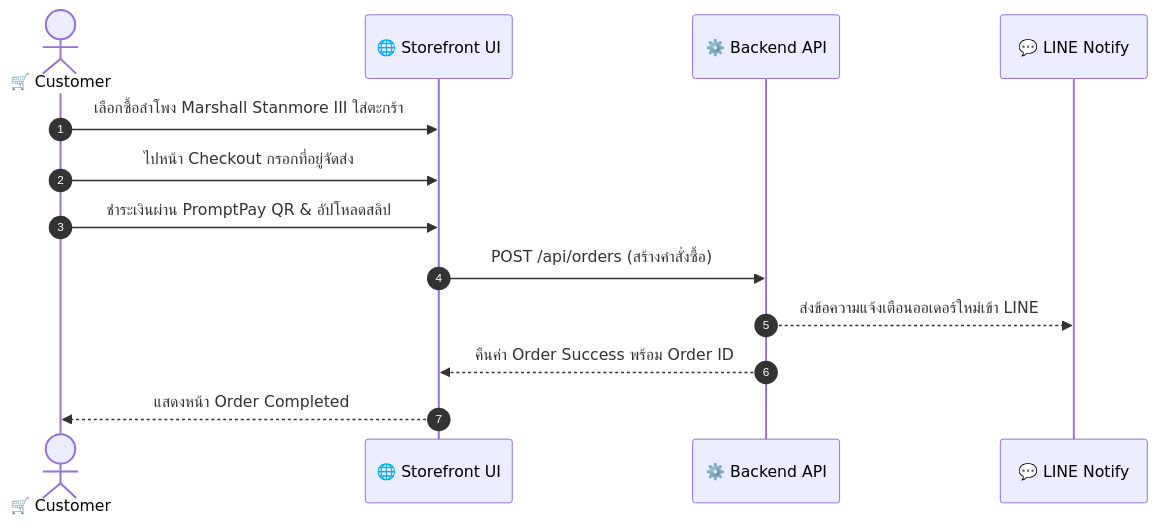
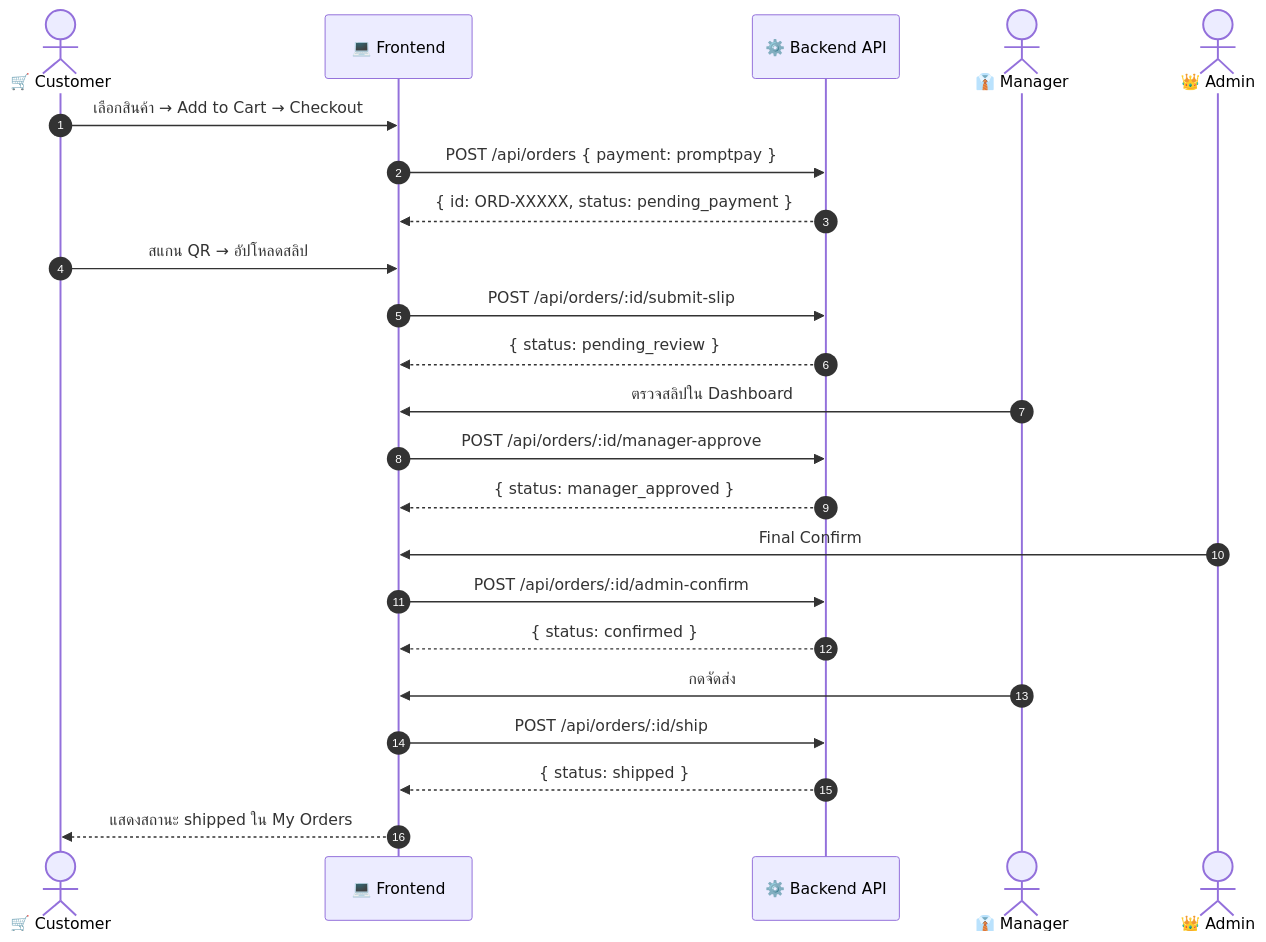
The second of 3 diagrams in UAT_Test_Cases.md (sShinjikubs/Workshop-1), drawn with Mermaid before and after one commit. The commit also changed other lines of this file and 688 other files, not shown here.

````diff
--- a/UAT_Test_Cases.md
+++ b/UAT_Test_Cases.md
@@ -91,16 +94,29 @@
 ```mermaid
 sequenceDiagram
     autonumber
     actor Customer as 🛒 Customer
-    participant Frontend as 🌐 Storefront UI
+    participant UI as 💻 Frontend
     participant Backend as ⚙️ Backend API
-    participant LINE as 💬 LINE Notify
+    actor Manager as 👔 Manager
+    actor Admin as 👑 Admin
 
-    Customer->>Frontend: เลือกซื้อลำโพง Marshall Stanmore III ใส่ตะกร้า
-    Customer->>Frontend: ไปหน้า Checkout กรอกที่อยู่จัดส่ง
-    Customer->>Frontend: ชำระเงินผ่าน PromptPay QR & อัปโหลดสลิป
-    Frontend->>Backend: POST /api/orders (สร้างคำสั่งซื้อ)
-    Backend-->>LINE: ส่งข้อความแจ้งเตือนออเดอร์ใหม่เข้า LINE
-    Backend-->>Frontend: คืนค่า Order Success พร้อม Order ID
-    Frontend-->>Customer: แสดงหน้า Order Completed
+    Customer->>UI: เลือกสินค้า → Add to Cart → Checkout
+    UI->>Backend: POST /api/orders { payment: promptpay }
+    Backend-->>UI: { id: ORD-XXXXX, status: pending_payment }
+    Customer->>UI: สแกน QR → อัปโหลดสลิป
+    UI->>Backend: POST /api/orders/:id/submit-slip
+    Backend-->>UI: { status: pending_review }
+
+    Manager->>UI: ตรวจสลิปใน Dashboard
+    UI->>Backend: POST /api/orders/:id/manager-approve
+    Backend-->>UI: { status: manager_approved }
+
+    Admin->>UI: Final Confirm
+    UI->>Backend: POST /api/orders/:id/admin-confirm
+    Backend-->>UI: { status: confirmed }
+
+    Manager->>UI: กดจัดส่ง
+    UI->>Backend: POST /api/orders/:id/ship
+    Backend-->>UI: { status: shipped }
+    UI-->>Customer: แสดงสถานะ shipped ใน My Orders
 ```
````
